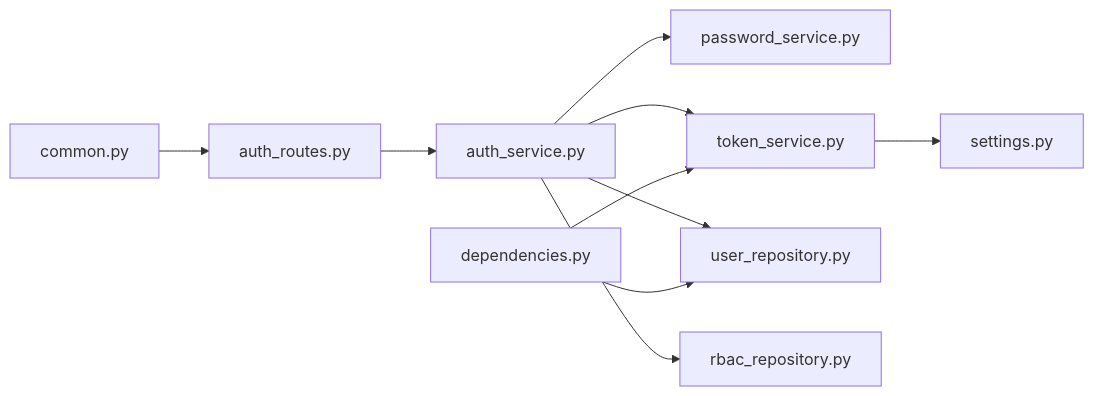
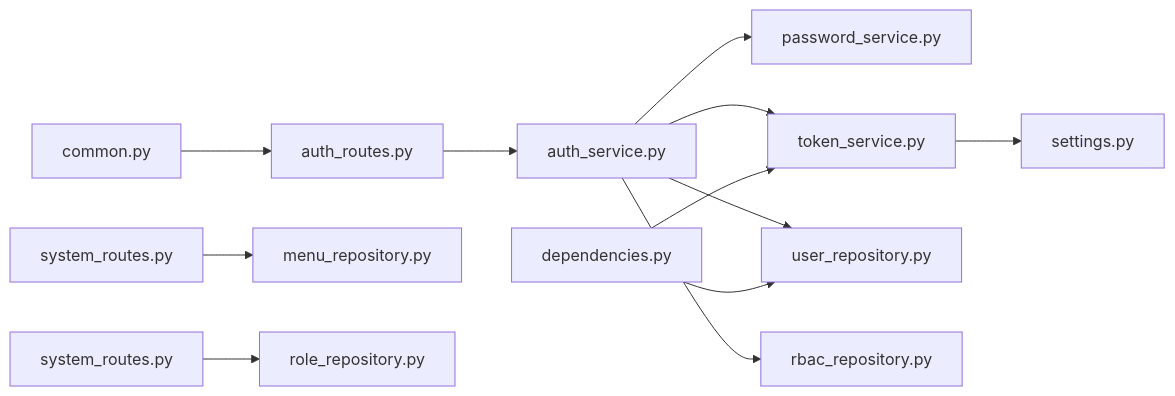
Before and after one commit to taoweidong/Hello-FastApi: the ninth of 9 diagrams in .qoder/repowiki/zh/content/认证系统/认证系统.md, drawn with Mermaid. The commit also changed other lines of this file and 19 other files, not shown here.

````diff
--- a/.qoder/repowiki/zh/content/认证系统/认证系统.md
+++ b/.qoder/repowiki/zh/content/认证系统/认证系统.md
@@ -356,12 +597,14 @@
 ```mermaid
 graph LR
 A["auth_routes.py"] --> B["auth_service.py"]
 B --> C["password_service.py"]
 B --> D["token_service.py"]
 B --> E["user_repository.py"]
 B --> F["rbac_repository.py"]
 D --> G["settings.py"]
 H["dependencies.py"] --> D
 H --> E
 I["common.py"] --> A
+J["system_routes.py"] --> K["menu_repository.py"]
+L["system_routes.py"] --> M["role_repository.py"]
 ```
````
